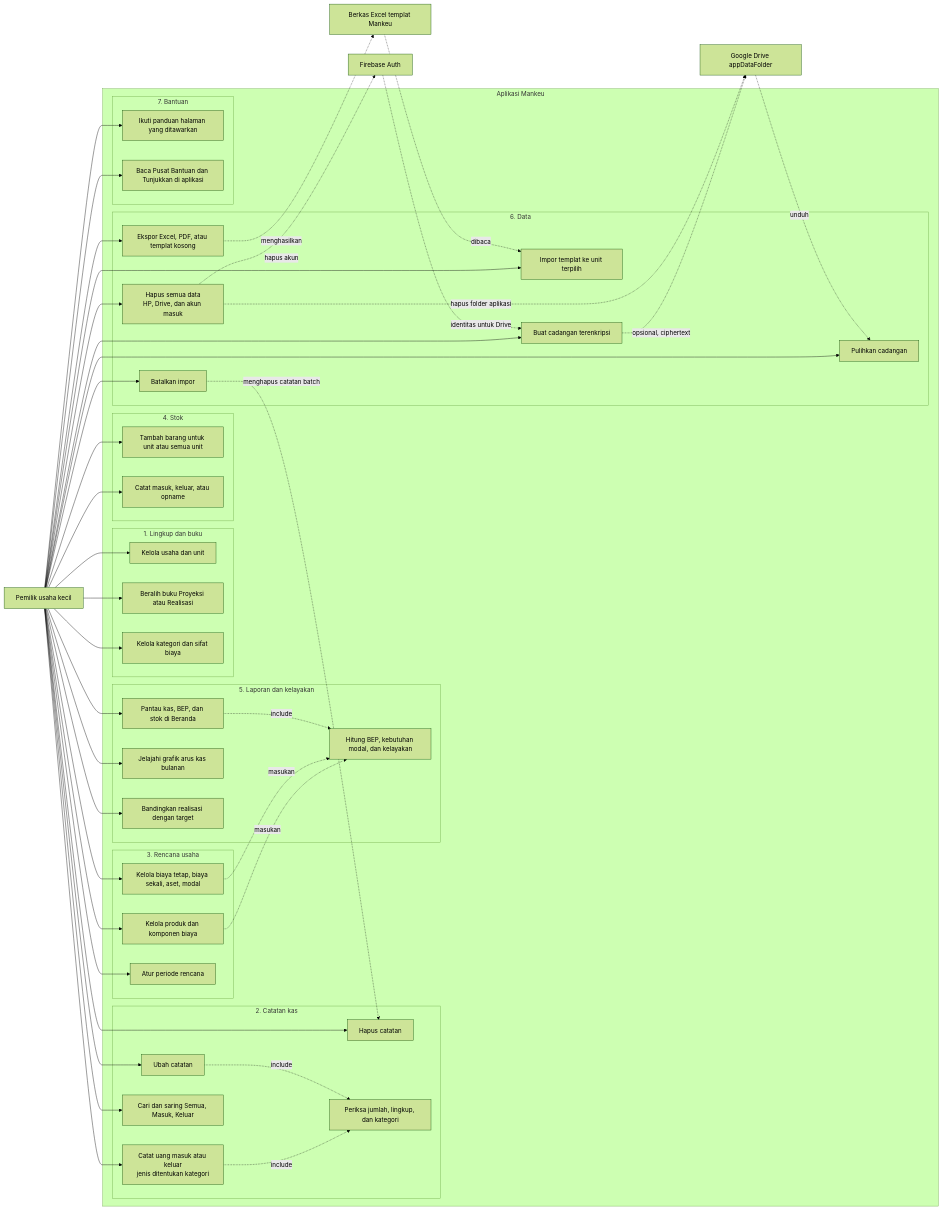
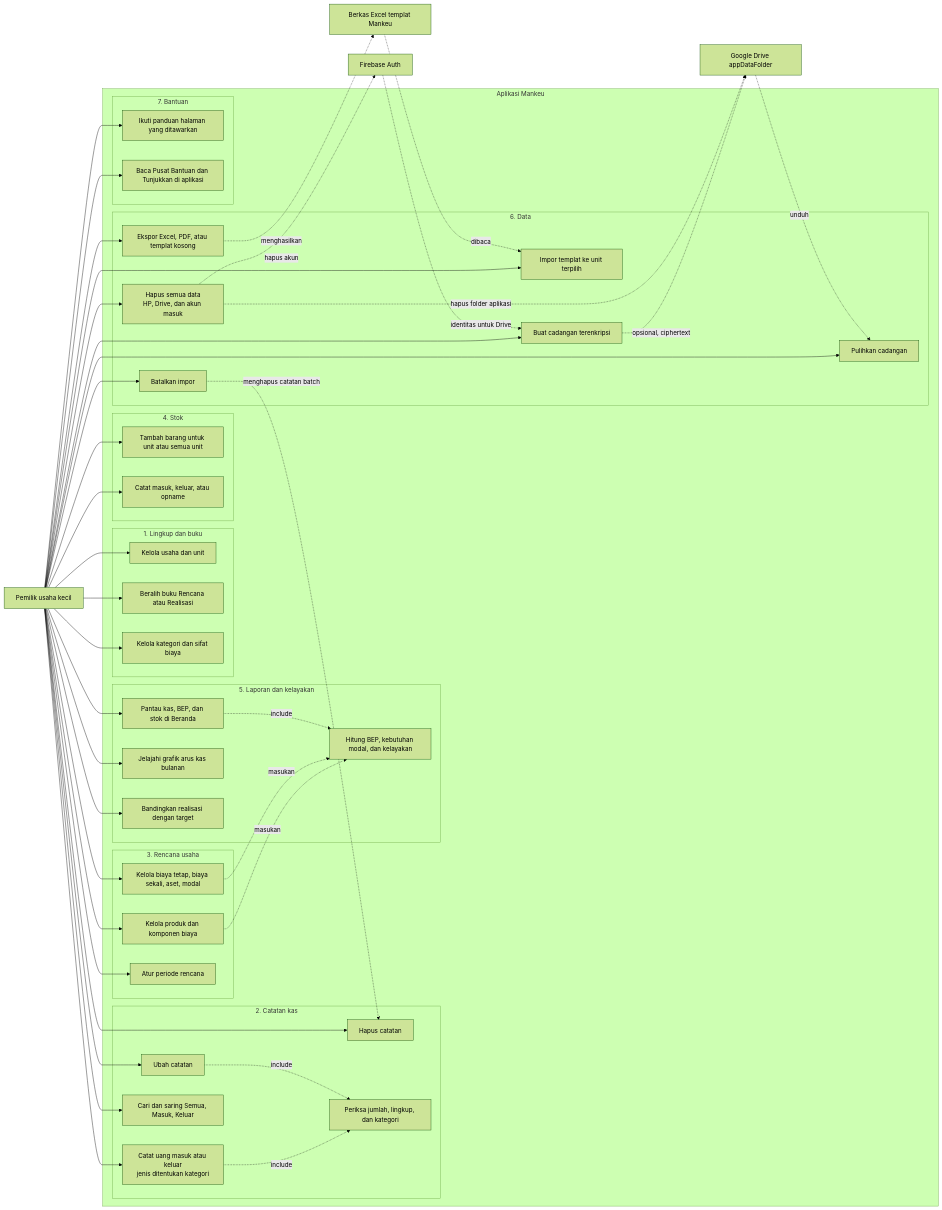
Before and after one commit to adsurkasur/Mankeu: the diagram in docs/diagrams/03_use_case_diagram.md, drawn with Mermaid (forest theme). The commit also changed other lines of this file and 94 other files, not shown here.

First line of the commit message:
feat(mankeu): sync between phones as a release feature (DEC-024, schema 12)

```diff
--- a/docs/diagrams/03_use_case_diagram.md
+++ b/docs/diagrams/03_use_case_diagram.md
@@ -12,7 +12,7 @@
     subgraph mankeuSystem ["Aplikasi Mankeu"]
         subgraph scopeModule ["1. Lingkup dan buku"]
             ucScope["Kelola usaha dan unit"]
-            ucMode["Beralih buku Proyeksi atau Realisasi"]
+            ucMode["Beralih buku Rencana atau Realisasi"]
             ucCategory["Kelola kategori dan sifat biaya"]
         end
 
```
